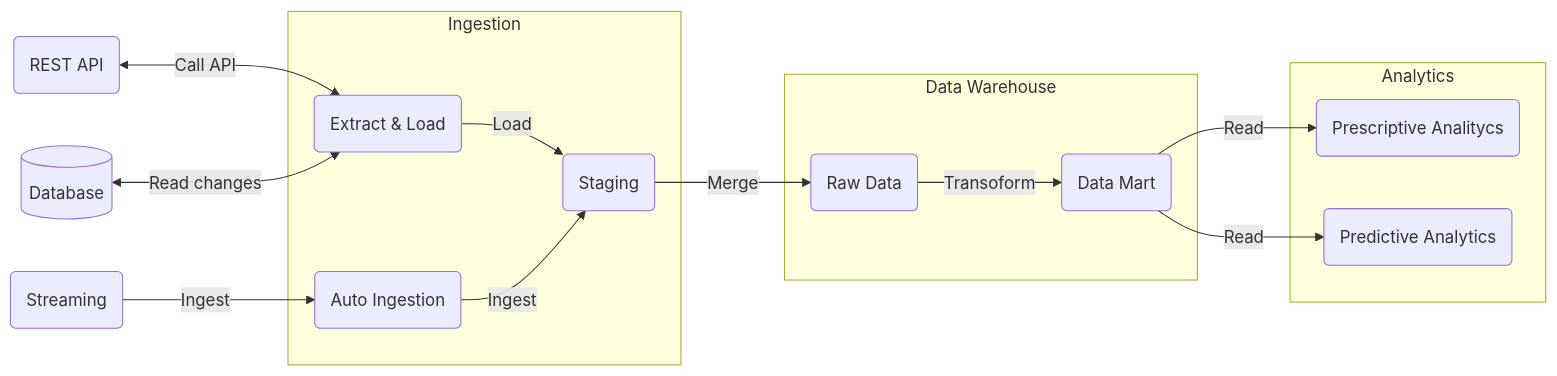
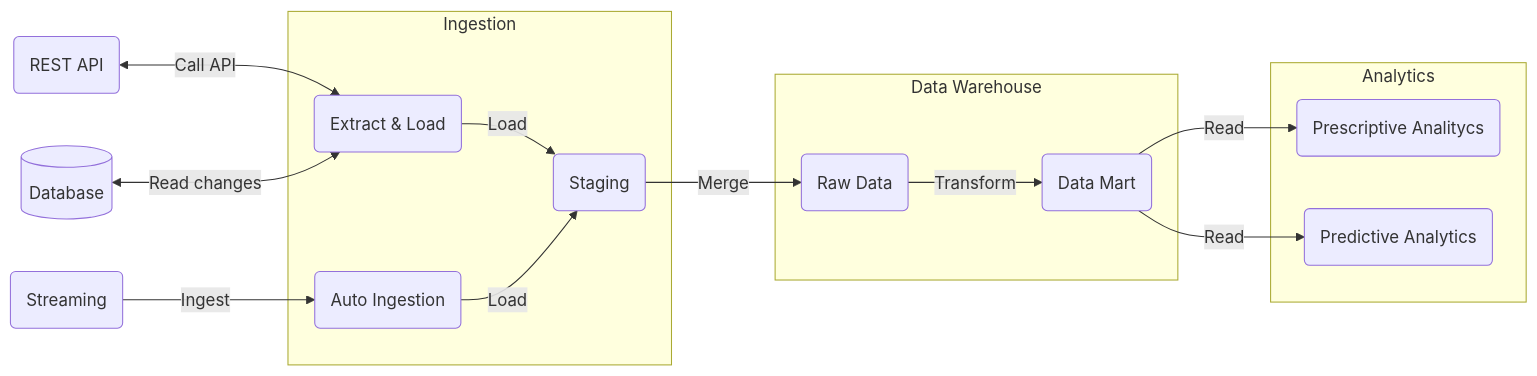
One commit to francesco-quaratino/senior-data-engineer-assignment changed the first of 4 diagrams in Architecture.md. Above: the diagram before and after it, drawn with Mermaid. The commit also changed other lines of this file, not shown here.

````diff
--- a/Architecture.md
+++ b/Architecture.md
@@ -5,44 +5,44 @@
 ```mermaid
 
 flowchart LR;
   
   source_api(REST API) <--> 
     |Call API| extract_n_load
 
   source_database[(Database)] <-->
     |Read changes| extract_n_load
 
   source_stream(Streaming) -->
     |Ingest| auto_ingestions          
    
   subgraph Ingestion
 
     extract_n_load(Extract & Load) -->
       |Load| staging
 
     auto_ingestions(Auto Ingestion) -->
-      |Ingest| staging
+      |Load| staging
       
   end
 
   subgraph Data Warehouse
 
     staging(Staging) -->
       |Merge| raw_data
 
     raw_data(Raw Data) -->
-      |Transoform| mart
+      |Transform| mart
 
   end
     
   subgraph Analytics
 
     mart(Data Mart) --> 
       | Read | prescriptive(Prescriptive Analitycs)
 
     mart(Data Mart) --> 
       | Read | predictive(Predictive Analytics)
 
   end
    
 ```
````
